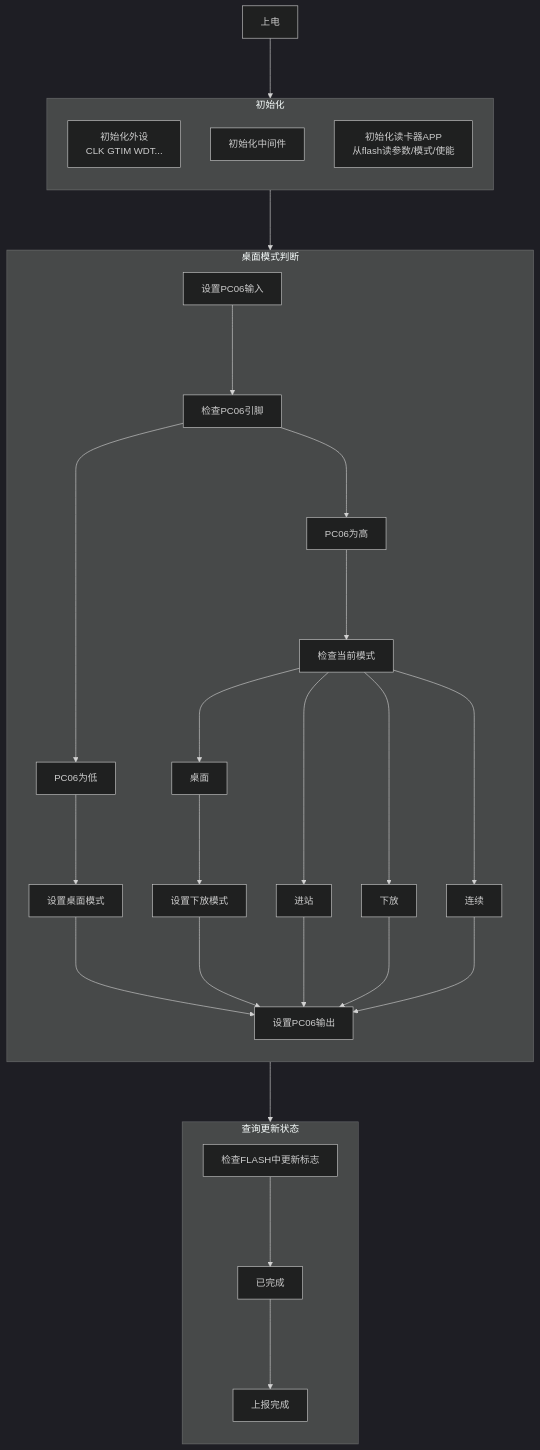
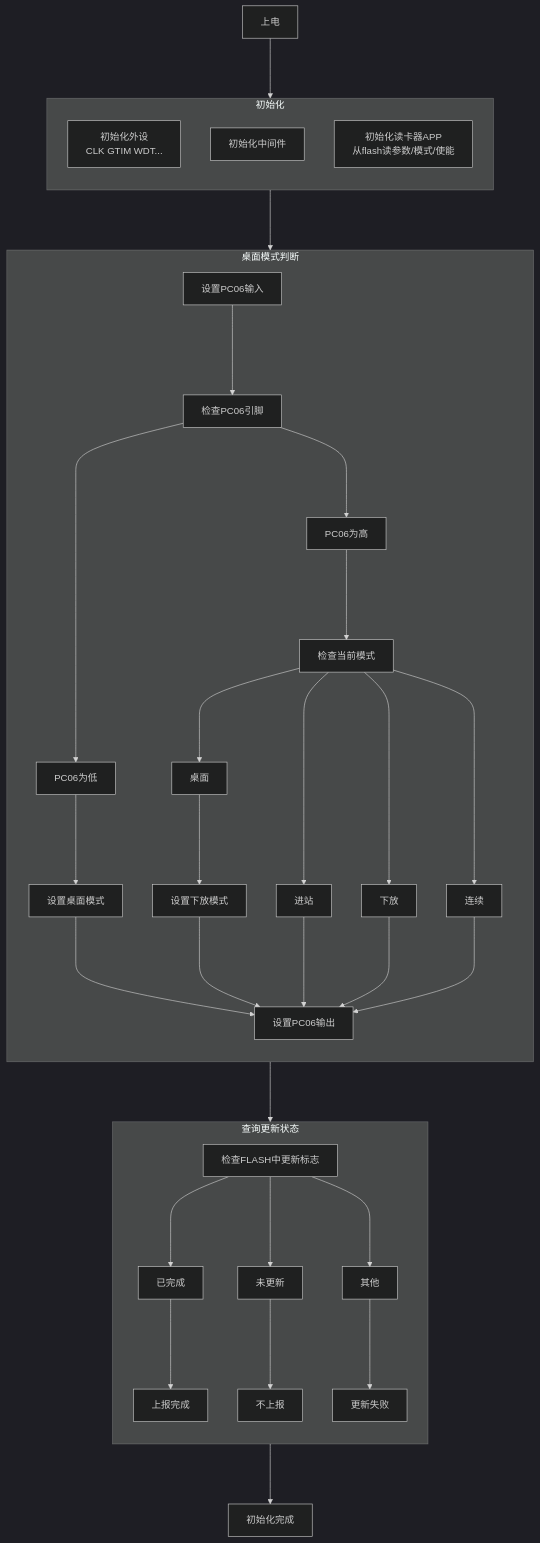
Before and after one commit to Siaiai/ObsidianNote: the eighth of 9 diagrams in 工作/[[SR3读卡器]]/260804SR3框架整理.md, drawn with Mermaid (dark theme). The commit also changed other lines of this file, not shown here.

````diff
--- a/工作/[[SR3读卡器]]/260804SR3框架整理.md
+++ b/工作/[[SR3读卡器]]/260804SR3框架整理.md
@@ -333,55 +333,65 @@
 ```mermaid
 flowchart TB
 	START["上电"]
 	subgraph INIT["初始化"]
 		direction TB
 		INIT_BSP["初始化外设
 		CLK GTIM WDT..."]
 		INIT_APP["初始化中间件"]
 		INIT_READER["初始化读卡器APP
 		从flash读参数/模式/使能"]
 	end
 	subgraph DESK["桌面模式判断"]
 		direction TB
 		PC061["设置PC06输入"]
 		PC062["检查PC06引脚"]
 		PC063["PC06为低"]
 		PC064["PC06为高"]
 		PC065["设置桌面模式"]
 		PC066["检查当前模式"]
 		PC067["桌面"]
 		PC068["进站"]
 		PC069["下放"]
 		PC0610["连续"]
 		PC0611["设置下放模式"]
 		PC0612["设置PC06输出"]
 		
 		PC061 ---> PC062
 		PC062 ---> PC063
 		PC062 ---> PC064
 		PC063 ---> PC065
 		PC065 ---> PC0612
 		PC064 ---> PC066
 		PC066 ---> PC067
 		PC066 ---> PC068
 		PC066 ---> PC069
 		PC066 ---> PC0610
 		PC067 ---> PC0611
 		PC0611 ---> PC0612
 		PC068 ---> PC0612
 		PC069 ---> PC0612
 		PC0610 ---> PC0612
 	end
 	subgraph UPDATE["查询更新状态"]
 		direction TB
 		CHECK["检查FLASH中更新标志"]
 		UPDATED["已完成"]
+		NONE["未更新"]
+		QT["其他"]
 		UP["上报完成"]
+		NUP["不上报"]
+		ERR["更新失败"]
 		CHECK ---> UPDATED
+		CHECK ---> NONE
+		CHECK ---> QT
 		UPDATED ---> UP
+		NONE ---> NUP
+		QT ---> ERR
 	end
+	DONE["初始化完成"]
 	UPDATE
 	START --->INIT
 	INIT ---> DESK
 	DESK ---> UPDATE
+	UPDATE ---> DONE
 ```
````
